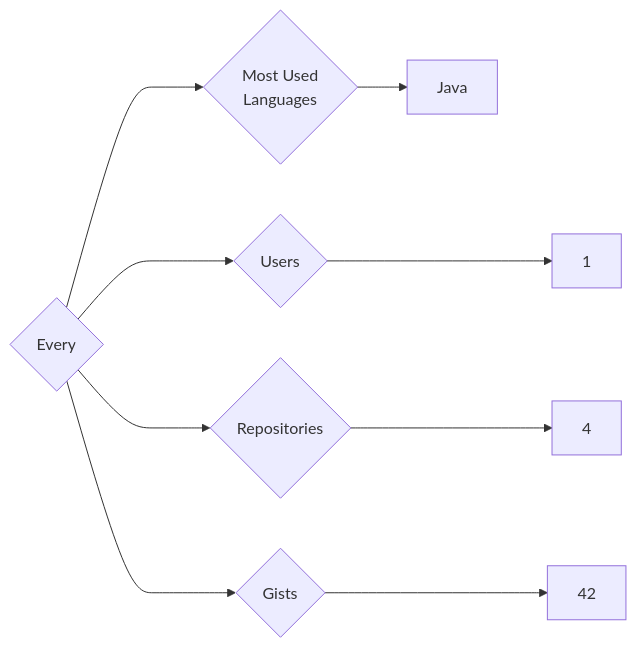
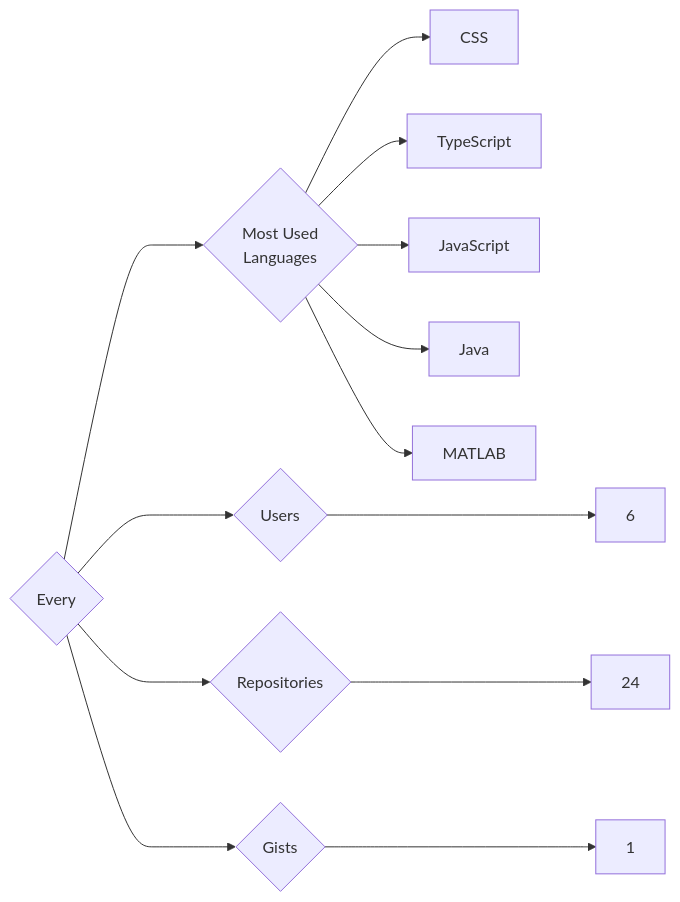
Before and after one commit to trickest/insiders: the diagram in targets/Every/README.md, drawn with Mermaid. The commit also changed 594 other files, not shown here.

````diff
--- a/targets/Every/README.md
+++ b/targets/Every/README.md
@@ -3,9 +3,13 @@
 ```mermaid
 graph LR
 COMPANY_NAME{Every}
-COMPANY_NAME ---> U{Users} ---> UN[1]
-COMPANY_NAME ---> R{Repositories} ---> RN[4]
-COMPANY_NAME ---> G{Gists} ---> GN[42]
+COMPANY_NAME ---> U{Users} ---> UN[6]
+COMPANY_NAME ---> R{Repositories} ---> RN[24]
+COMPANY_NAME ---> G{Gists} ---> GN[1]
 COMPANY_NAME ---> ML{Most Used<br>Languages}
+ML --> CSS[CSS]
+ML --> TypeScript[TypeScript]
+ML --> JavaScript[JavaScript]
 ML --> Java[Java]
+ML --> MATLAB[MATLAB]
 ```
````
